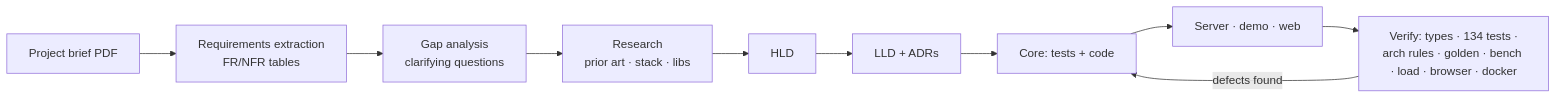
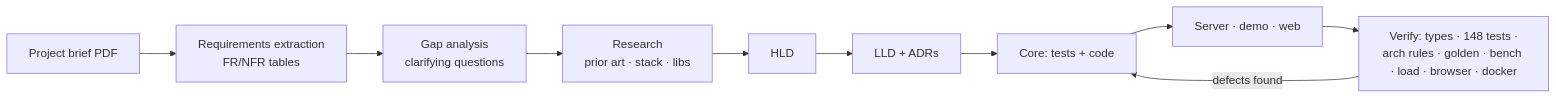
One commit to SarthakB11/gamenotify changed the diagram in docs/ai-process/process.md. Above: the diagram before and after it, drawn with Mermaid. The commit also changed other lines of this file and 3 other files, not shown here.

````diff
--- a/docs/ai-process/process.md
+++ b/docs/ai-process/process.md
@@ -5,12 +5,12 @@
 ```mermaid
 flowchart LR
   A[Project brief PDF] --> B[Requirements extraction<br/>FR/NFR tables]
   B --> C[Gap analysis<br/>clarifying questions]
   C --> D[Research<br/>prior art · stack · libs]
   D --> E[HLD]
   E --> F[LLD + ADRs]
   F --> G[Core: tests + code]
   G --> H[Server · demo · web]
-  H --> I[Verify: types · 134 tests ·<br/>arch rules · golden · bench · load · browser · docker]
+  H --> I[Verify: types · 148 tests ·<br/>arch rules · golden · bench · load · browser · docker]
   I -->|defects found| G
 ```
````
